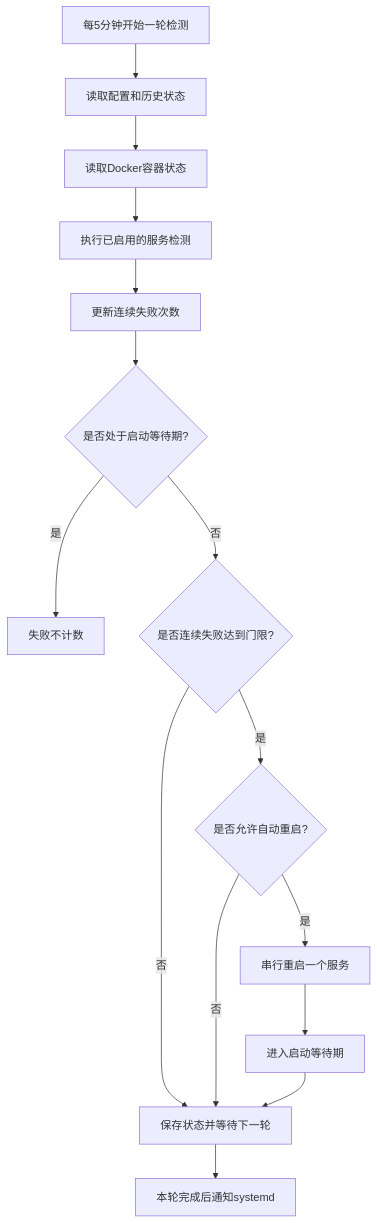
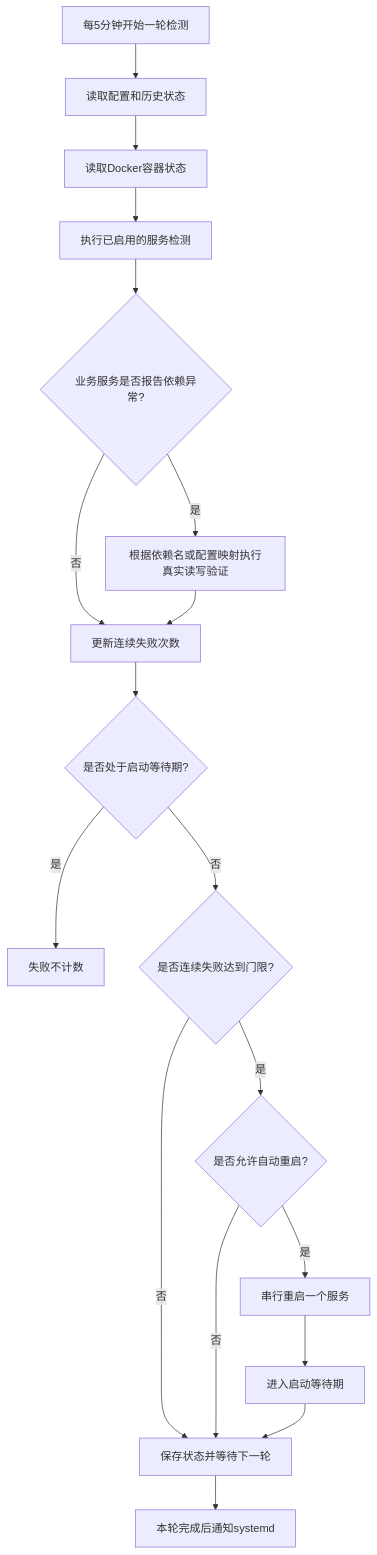
Before and after one commit to bixinhaner/xomc: the diagram in omcgo/docs/design/0026-compose-watchdog-design.md, drawn with Mermaid. The commit also changed other lines of this file, not shown here.

````diff
--- a/omcgo/docs/design/0026-compose-watchdog-design.md
+++ b/omcgo/docs/design/0026-compose-watchdog-design.md
@@ -147,17 +235,20 @@
 ```mermaid
 flowchart TD
     A[每5分钟开始一轮检测] --> B[读取配置和历史状态]
     B --> C[读取Docker容器状态]
     C --> D[执行已启用的服务检测]
-    D --> E[更新连续失败次数]
+    D --> X{业务服务是否报告依赖异常?}
+    X -->|是| Y[根据依赖名或配置映射执行真实读写验证]
+    X -->|否| E[更新连续失败次数]
+    Y --> E
     E --> F{是否处于启动等待期?}
     F -->|是| G[失败不计数]
     F -->|否| H{是否连续失败达到门限?}
     H -->|否| I[保存状态并等待下一轮]
     H -->|是| J{是否允许自动重启?}
     J -->|否| I
     J -->|是| K[串行重启一个服务]
     K --> L[进入启动等待期]
     L --> I
     I --> M[本轮完成后通知systemd]
 ```
````
